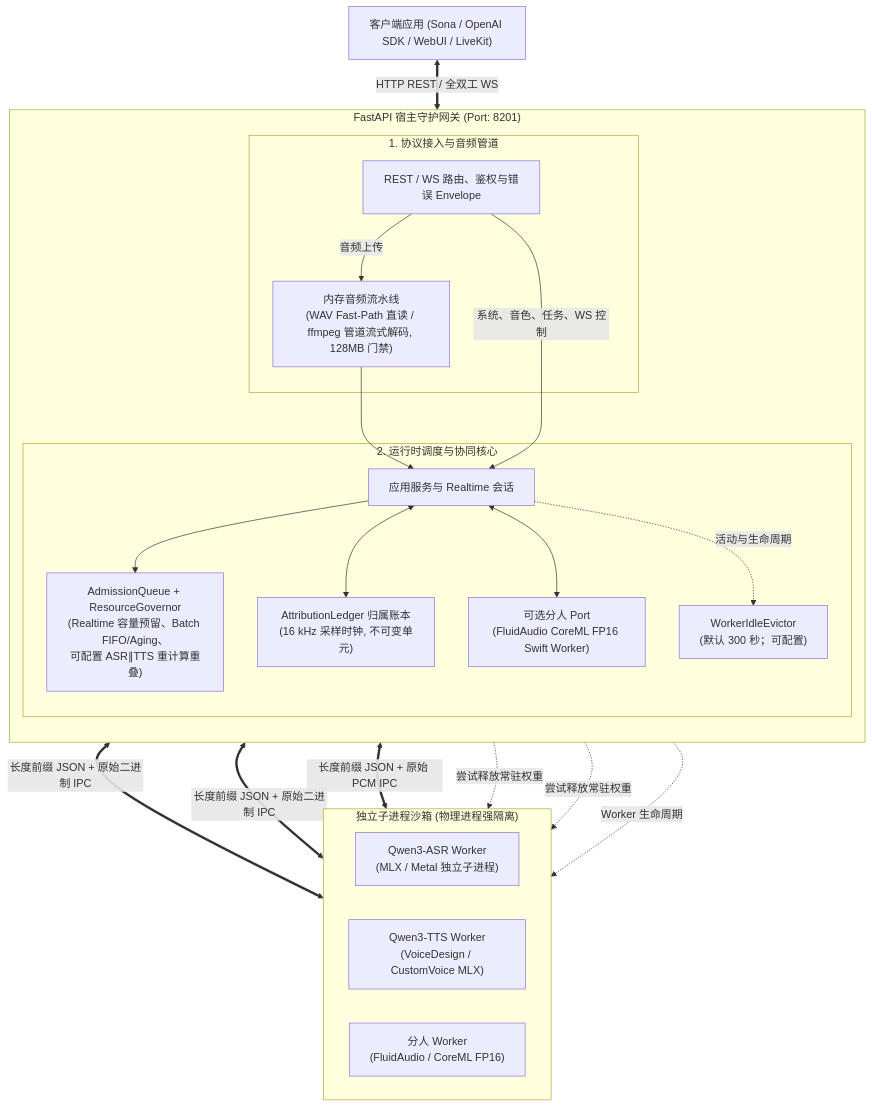
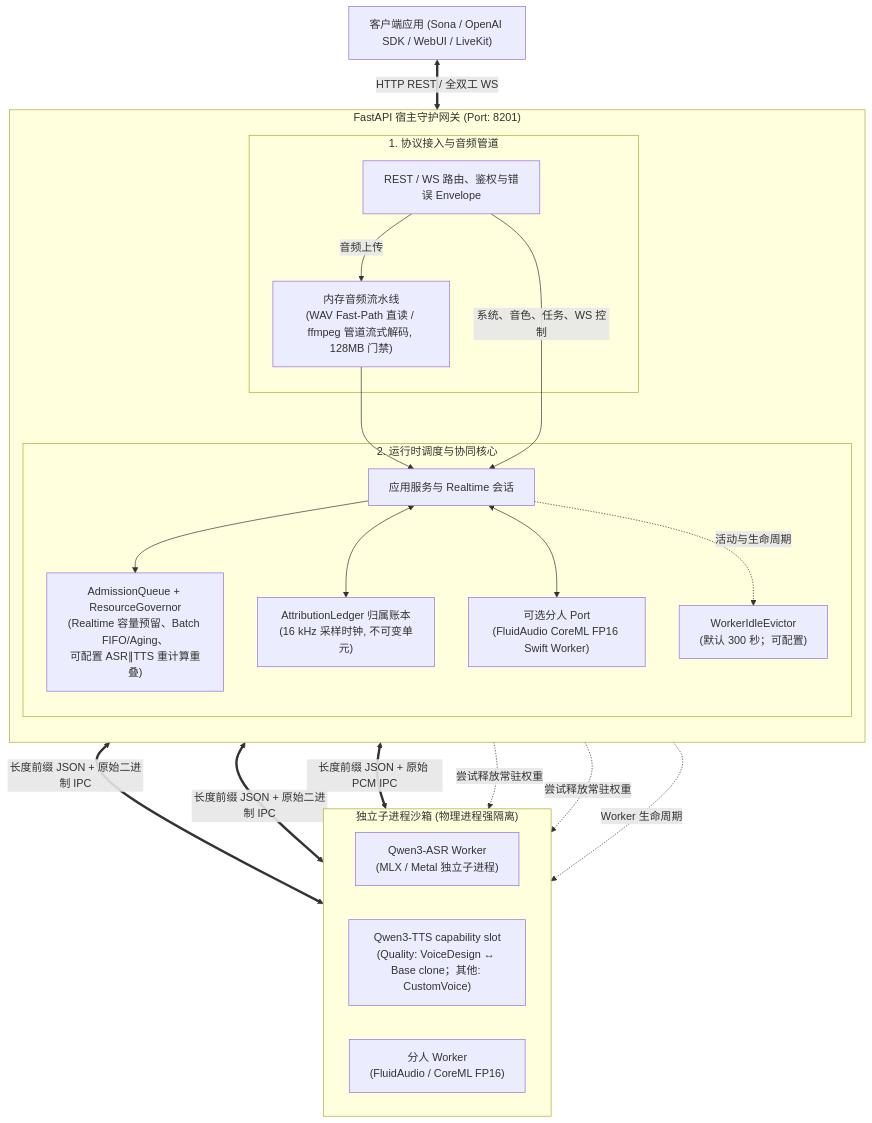
The diagram in README.zh-CN.md (hrygo/SpeechRail), drawn with Mermaid before and after one commit. The commit also changed other lines of this file and 83 other files, not shown here.

First line of the commit message:
feat(tts): separate quality voice design and base cloning

````diff
--- a/README.zh-CN.md
+++ b/README.zh-CN.md
@@ -352,40 +358,40 @@
 ```mermaid
 flowchart TD
     Client["客户端应用 (Sona / OpenAI SDK / WebUI / LiveKit)"]
 
     subgraph HostService["FastAPI 宿主守护网关 (Port: 8201)"]
         direction TB
         subgraph Ingress["1. 协议接入与音频管道"]
             Router["REST / WS 路由、鉴权与错误 Envelope"]
             Pipeline["内存音频流水线\n(WAV Fast-Path 直读 / ffmpeg 管道流式解码, 128MB 门禁)"]
         end
         subgraph Core["2. 运行时调度与协同核心"]
             App["应用服务与 Realtime 会话"]
             Governor["AdmissionQueue + ResourceGovernor\n(Realtime 容量预留、Batch FIFO/Aging、\n可配置 ASR∥TTS 重计算重叠)"]
             Ledger["AttributionLedger 归属账本\n(16 kHz 采样时钟, 不可变单元)"]
             DiarizeEngine["可选分人 Port\n(FluidAudio CoreML FP16 Swift Worker)"]
             Evictor["WorkerIdleEvictor\n(默认 300 秒；可配置)"]
         end
         Router -->|音频上传| Pipeline --> App
         Router -->|系统、音色、任务、WS 控制| App
         App --> Governor
         App <--> Ledger
         App <--> DiarizeEngine
         App -. 活动与生命周期 .-> Evictor
     end
 
     subgraph SubprocessSandboxes["独立子进程沙箱 (物理进程强隔离)"]
         direction LR
         ASRWorker["Qwen3-ASR Worker\n(MLX / Metal 独立子进程)"]
-        TTSWorker["Qwen3-TTS Worker\n(VoiceDesign / CustomVoice MLX)"]
+        TTSWorker["Qwen3-TTS capability slot\n(Quality: VoiceDesign ↔ Base clone；其他: CustomVoice)"]
         DiarizationWorker["分人 Worker\n(FluidAudio / CoreML FP16)"]
     end
 
     Client <== "HTTP REST / 全双工 WS" ==> Router
     App <== "长度前缀 JSON + 原始二进制 IPC" ==> ASRWorker
     App <== "长度前缀 JSON + 原始二进制 IPC" ==> TTSWorker
     App <== "长度前缀 JSON + 原始 PCM IPC" ==> DiarizationWorker
     Evictor -. 尝试释放常驻权重 .-> ASRWorker
     Evictor -. 尝试释放常驻权重 .-> TTSWorker
     Evictor -. Worker 生命周期 .-> DiarizationWorker
 ```
````
